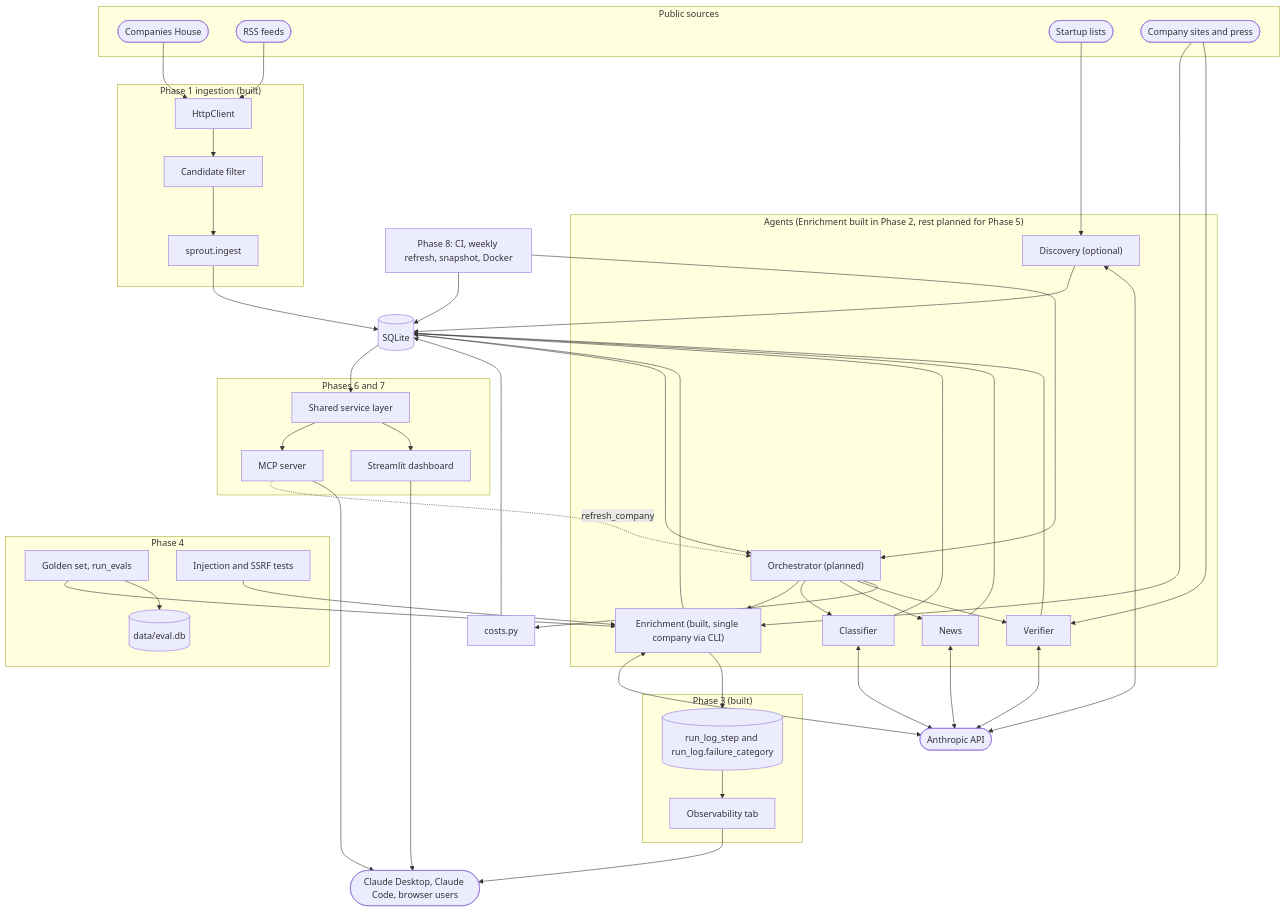
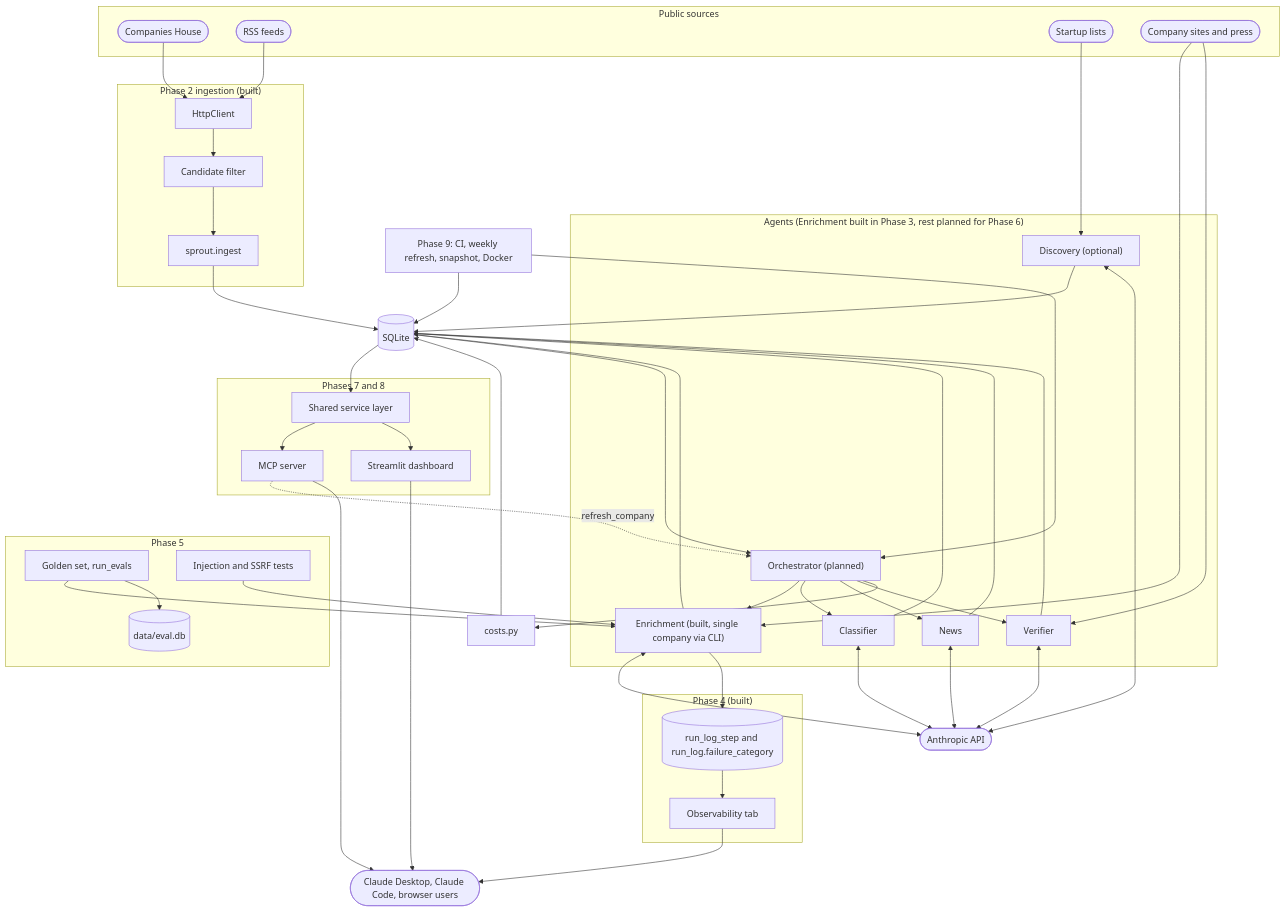
The second of 2 diagrams in docs/architecture/1. overview.md (Farzaanee/sprout), drawn with Mermaid before and after one commit. The commit also changed other lines of this file and 33 other files, not shown here.

````diff
--- a/docs/architecture/1. overview.md
+++ b/docs/architecture/1. overview.md
@@ -88,80 +88,80 @@
 ```mermaid
 flowchart TB
     subgraph SOURCES["Public sources"]
         CH(["Companies House"])
         RSSF(["RSS feeds"])
         LISTS(["Startup lists"])
         SITES(["Company sites and press"])
     end
-    subgraph ING["Phase 1 ingestion (built)"]
+    subgraph ING["Phase 2 ingestion (built)"]
         HTTPL["HttpClient"]
         CAND["Candidate filter"]
         INGEST["sprout.ingest"]
     end
     SQL[("SQLite")]
-    subgraph PIPE["Agents (Enrichment built in Phase 2, rest planned for Phase 5)"]
+    subgraph PIPE["Agents (Enrichment built in Phase 3, rest planned for Phase 6)"]
         ORCH["Orchestrator (planned)"]
         ENR["Enrichment (built, single company via CLI)"]
         CLS["Classifier"]
         NEWS["News"]
         VER["Verifier"]
         DISC["Discovery (optional)"]
     end
     LLM(["Anthropic API"])
     COST["costs.py"]
-    subgraph SERVE["Phases 6 and 7"]
+    subgraph SERVE["Phases 7 and 8"]
         SVC["Shared service layer"]
         MCP["MCP server"]
         DASH["Streamlit dashboard"]
     end
-    subgraph QA["Phase 4"]
+    subgraph QA["Phase 5"]
         EVALS["Golden set, run_evals"]
         EDB[("data/eval.db")]
         GUARDS["Injection and SSRF tests"]
     end
-    subgraph OBSG["Phase 3 (built)"]
+    subgraph OBSG["Phase 4 (built)"]
         STEPS[("run_log_step and run_log.failure_category")]
         OBSUI["Observability tab"]
     end
     CLIENTS(["Claude Desktop, Claude Code, browser users"])
-    AUTO["Phase 8: CI, weekly refresh, snapshot, Docker"]
+    AUTO["Phase 9: CI, weekly refresh, snapshot, Docker"]
     CH --> HTTPL
     RSSF --> HTTPL
     HTTPL --> CAND
     CAND --> INGEST
     INGEST --> SQL
     SQL --> ORCH
     ORCH --> ENR
     ORCH --> CLS
     ORCH --> NEWS
     ORCH --> VER
     DISC --> SQL
     LISTS --> DISC
     SITES --> ENR
     SITES --> VER
     ENR <--> LLM
     CLS <--> LLM
     NEWS <--> LLM
     VER <--> LLM
     DISC <--> LLM
     ENR --> SQL
     CLS --> SQL
     NEWS --> SQL
     VER --> SQL
     ORCH --> COST
     COST --> SQL
     SQL --> SVC
     SVC --> MCP
     SVC --> DASH
     MCP -. "refresh_company" .-> ORCH
     MCP --> CLIENTS
     DASH --> CLIENTS
     ENR --> STEPS
     STEPS --> OBSUI
     OBSUI --> CLIENTS
     EVALS --> ENR
     EVALS --> EDB
     GUARDS --> ENR
     AUTO --> ORCH
     AUTO --> SQL
 ```
````
